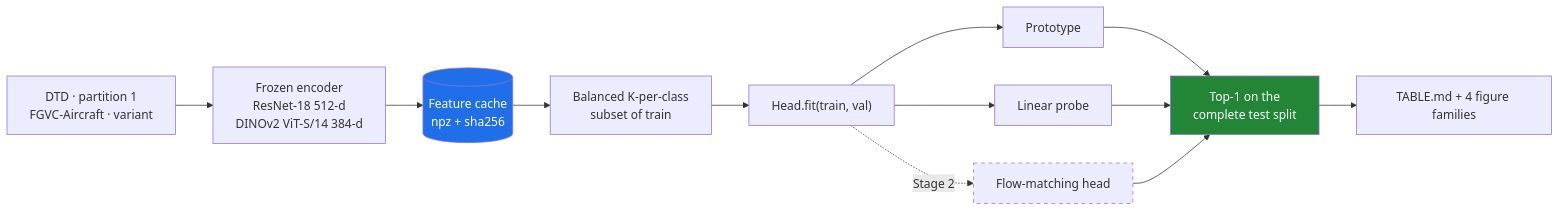
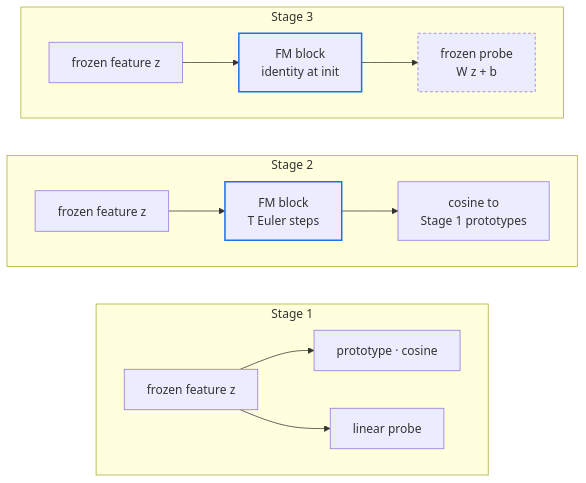
One commit to eyalsht/cvlab-fm-fewshot changed the diagram in README.md. Above: the diagram before and after it, drawn with Mermaid. The commit also changed other lines of this file, not shown here.

````diff
--- a/README.md
+++ b/README.md
@@ -126,18 +88,20 @@
 ```mermaid
 flowchart LR
-    A["DTD · partition 1<br/>FGVC-Aircraft · variant"] --> B["Frozen encoder<br/>ResNet-18 512-d<br/>DINOv2 ViT-S/14 384-d"]
-    B --> C[("Feature cache<br/>npz + sha256")]
-    C --> D["Balanced K-per-class<br/>subset of train"]
-    D --> E["Head.fit(train, val)"]
-    E --> F["Prototype"]
-    E --> G["Linear probe"]
-    E -.->|Stage 2| H["Flow-matching head"]
-    F --> I["Top-1 on the<br/>complete test split"]
-    G --> I
-    H --> I
-    I --> J["TABLE.md + 4 figure families"]
-
-    style H stroke-dasharray: 5 5
-    style C fill:#1f6feb,color:#fff
-    style I fill:#238636,color:#fff
+    subgraph S1["Stage 1"]
+        direction LR
+        a1["frozen feature z"] --> b1["prototype · cosine"]
+        a1 --> c1["linear probe"]
+    end
+    subgraph S2["Stage 2"]
+        direction LR
+        a2["frozen feature z"] --> b2["FM block<br/>T Euler steps"] --> c2["cosine to<br/>Stage 1 prototypes"]
+    end
+    subgraph S3["Stage 3"]
+        direction LR
+        a3["frozen feature z"] --> b3["FM block<br/>identity at init"] --> c3["frozen probe<br/>W z + b"]
+    end
+    classDef fm stroke:#1f6feb,stroke-width:2px
+    classDef frozen stroke-dasharray: 4 3
+    class b2,b3 fm
+    class c3 frozen
 ```
````
